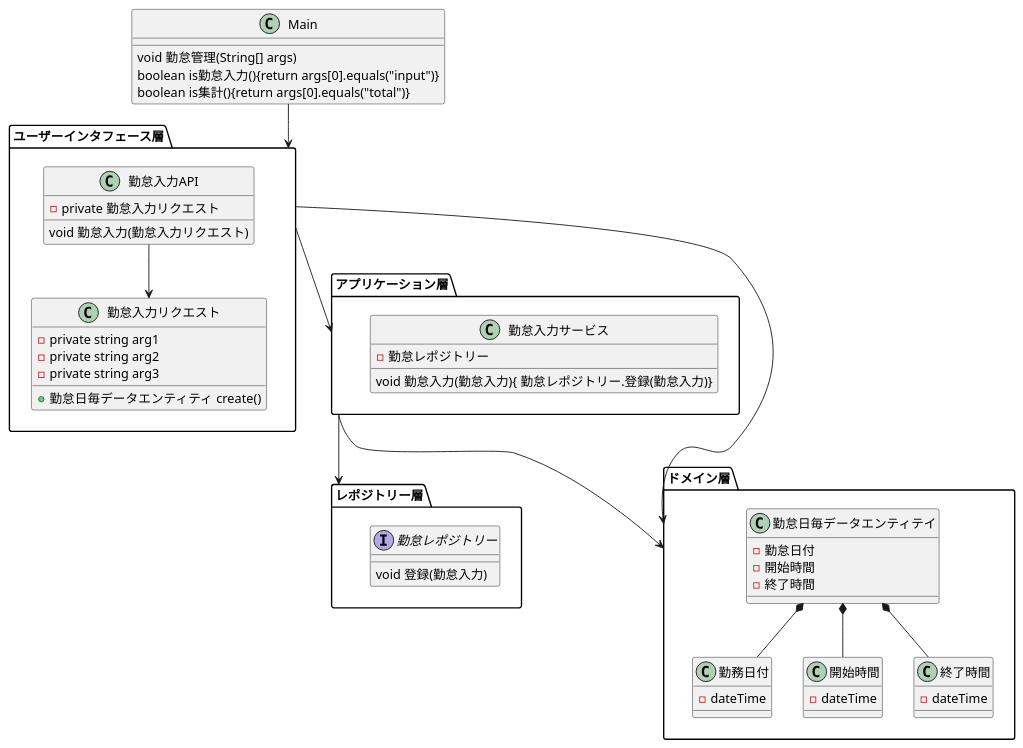
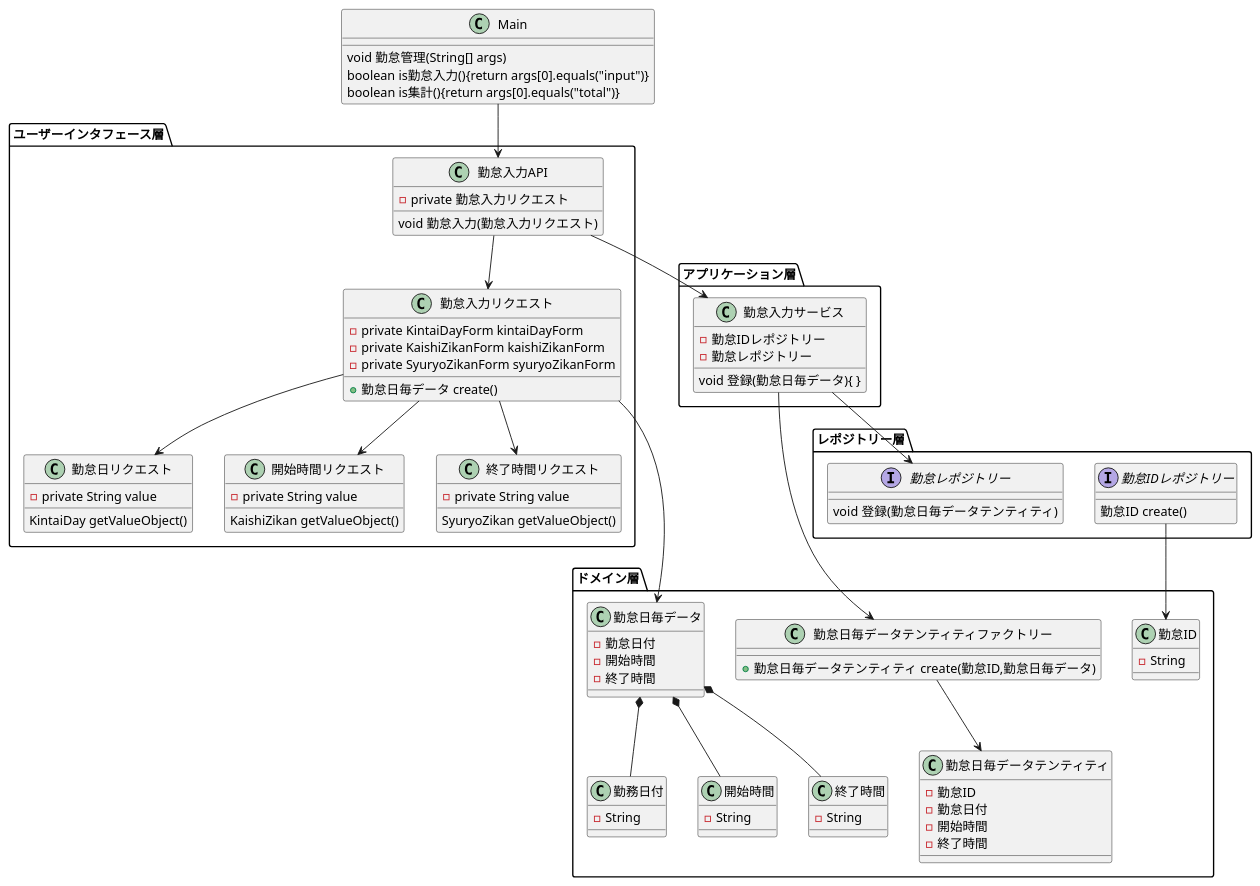
One commit to sekiguchihiroki/mendydydy changed the diagram in doc/勤怠.puml. Above: the diagram before and after it, drawn with PlantUML. The commit also changed 12 other files, not shown here.

```diff
--- a/doc/勤怠.puml
+++ b/doc/勤怠.puml
@@ -1,72 +1,115 @@
 @startuml
 
-Main --> ユーザーインタフェース層
-ユーザーインタフェース層 --> アプリケーション層
-アプリケーション層 --> レポジトリー層
-アプリケーション層 --> ドメイン層
-ユーザーインタフェース層 --> ドメイン層
 
 class Main {
   void 勤怠管理(String[] args)
   boolean is勤怠入力(){return args[0].equals("input")}
   boolean is集計(){return args[0].equals("total")}
 }
 
 package ユーザーインタフェース層 <<Folder>> {
+ Main --> 勤怠入力API
  勤怠入力API -->  勤怠入力リクエスト
+ 勤怠入力リクエスト -->  勤怠日リクエスト
+ 勤怠入力リクエスト -->  開始時間リクエスト
+ 勤怠入力リクエスト -->  終了時間リクエスト
 
 class 勤怠入力API {
   -private 勤怠入力リクエスト
   void 勤怠入力(勤怠入力リクエスト)
  }
+
 class 勤怠入力リクエスト {
-  -private string arg1
-  -private string arg2
-  -private string arg3
-  +勤怠日毎データエンティティ create()
+  -private KintaiDayForm kintaiDayForm
+  -private KaishiZikanForm kaishiZikanForm
+  -private SyuryoZikanForm syuryoZikanForm
+  +勤怠日毎データ create()
+ }
+
+class 勤怠日リクエスト {
+  -private String value
+  KintaiDay getValueObject()
+ }
+
+class 開始時間リクエスト {
+  -private String value
+  KaishiZikan getValueObject()
+ }
+
+class 終了時間リクエスト {
+  -private String value
+  SyuryoZikan getValueObject()
  }
 
 }
 
 
 package アプリケーション層 <<Folder>> {
+勤怠入力API --> 勤怠入力サービス
 class 勤怠入力サービス {
+  -勤怠IDレポジトリー
   -勤怠レポジトリー
-  void 勤怠入力(勤怠入力){ 勤怠レポジトリー.登録(勤怠入力)}
+  void 登録(勤怠日毎データ){ }
 
  }
 
 }
 
 package ドメイン層 <<Folder>> {
-勤怠日毎データエンティテイ *-- 勤務日付
-勤怠日毎データエンティテイ *-- 開始時間
-勤怠日毎データエンティテイ *-- 終了時間
+  勤怠日毎データ *-- 勤務日付
+  勤怠日毎データ *-- 開始時間
+  勤怠日毎データ *-- 終了時間
+  勤怠入力リクエスト -->  勤怠日毎データ
+  勤怠入力サービス --> 勤怠日毎データテンティティファクトリー
 
-class 勤怠日毎データエンティテイ {
+
+class 勤怠日毎データテンティティファクトリー {
+  +勤怠日毎データテンティティ create(勤怠ID,勤怠日毎データ)
+
+}
+
+class 勤怠日毎データ {
   -勤怠日付
   -開始時間
   -終了時間
 }
 
+class 勤怠日毎データテンティティ {
+  -勤怠ID
+  -勤怠日付
+  -開始時間
+  -終了時間
+}
+
+class 勤怠ID {
+  -String
+ }
+
 class 勤務日付 {
-  -dateTime
+  -String
  }
 
 class 開始時間 {
-  -dateTime
+  -String
  }
 
 class 終了時間 {
-  -dateTime
+  -String
  }
 
 }
 
 package レポジトリー層 <<Folder>> {
+勤怠IDレポジトリー --> 勤怠ID
+勤怠日毎データテンティティファクトリー --> 勤怠日毎データテンティティ
+勤怠入力サービス --> 勤怠レポジトリー
+
+
 interface 勤怠レポジトリー
-勤怠レポジトリー : void 登録(勤怠入力)
+勤怠レポジトリー : void 登録(勤怠日毎データテンティティ)
 
+interface 勤怠IDレポジトリー
+勤怠IDレポジトリー : 勤怠ID create()
 }
 
 @enduml
```
